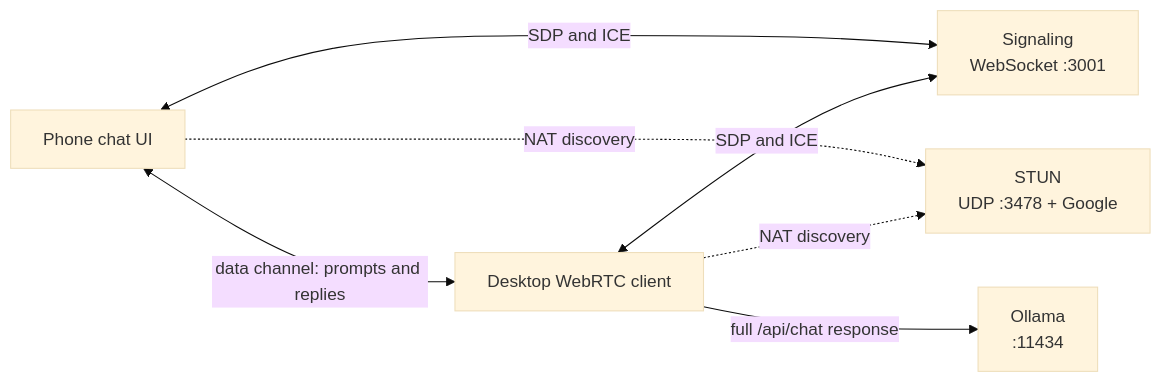
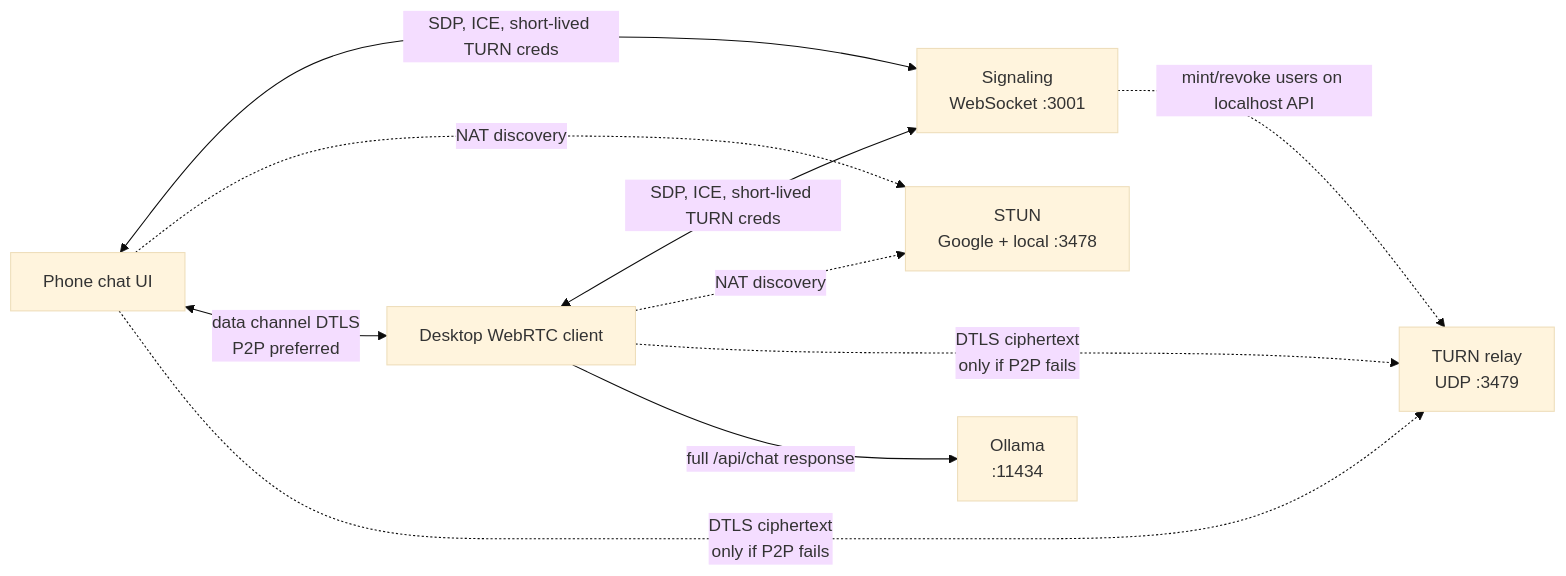
One commit to balkirat-chahal/tunllm changed the first of 2 diagrams in README.md. Above: the diagram before and after it, drawn with Mermaid (base theme). The commit also changed other lines of this file and 8 other files, not shown here.

Commit message:
Add TURN server for relay

````diff
--- a/README.md
+++ b/README.md
@@ -23,15 +23,19 @@
 ```mermaid
 flowchart LR
   phone["Phone chat UI"]
   signal["Signaling<br/>WebSocket :3001"]
-  stun["STUN<br/>UDP :3478 + Google"]
+  stun["STUN<br/>Google + local :3478"]
+  turn["TURN relay<br/>UDP :3479"]
   desktop["Desktop WebRTC client"]
   ollama["Ollama<br/>:11434"]
 
-  phone <-->|SDP and ICE| signal
-  desktop <-->|SDP and ICE| signal
+  phone <-->|SDP, ICE, short-lived TURN creds| signal
+  desktop <-->|SDP, ICE, short-lived TURN creds| signal
+  signal -.->|mint/revoke users on localhost API| turn
   phone -.->|NAT discovery| stun
   desktop -.->|NAT discovery| stun
-  phone <-->|data channel: prompts and replies| desktop
+  phone <-->|"data channel DTLS<br/>P2P preferred"| desktop
+  phone -.->|"DTLS ciphertext<br/>only if P2P fails"| turn
+  desktop -.->|"DTLS ciphertext<br/>only if P2P fails"| turn
   desktop -->|full /api/chat response| ollama
 ```
````
